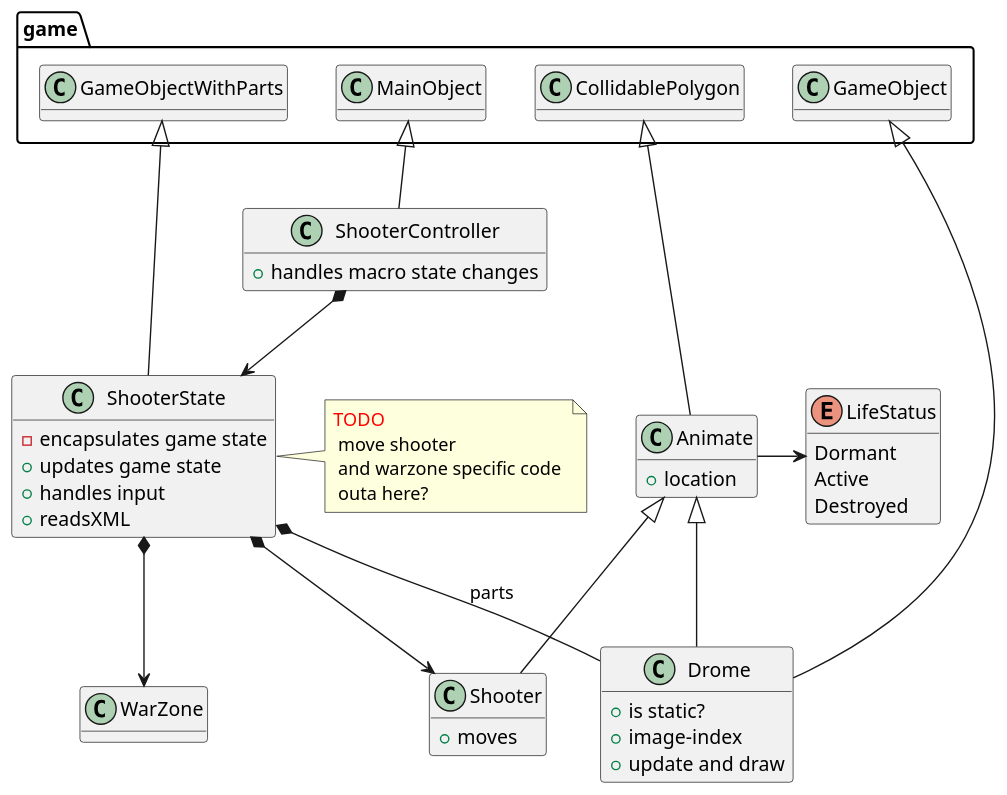
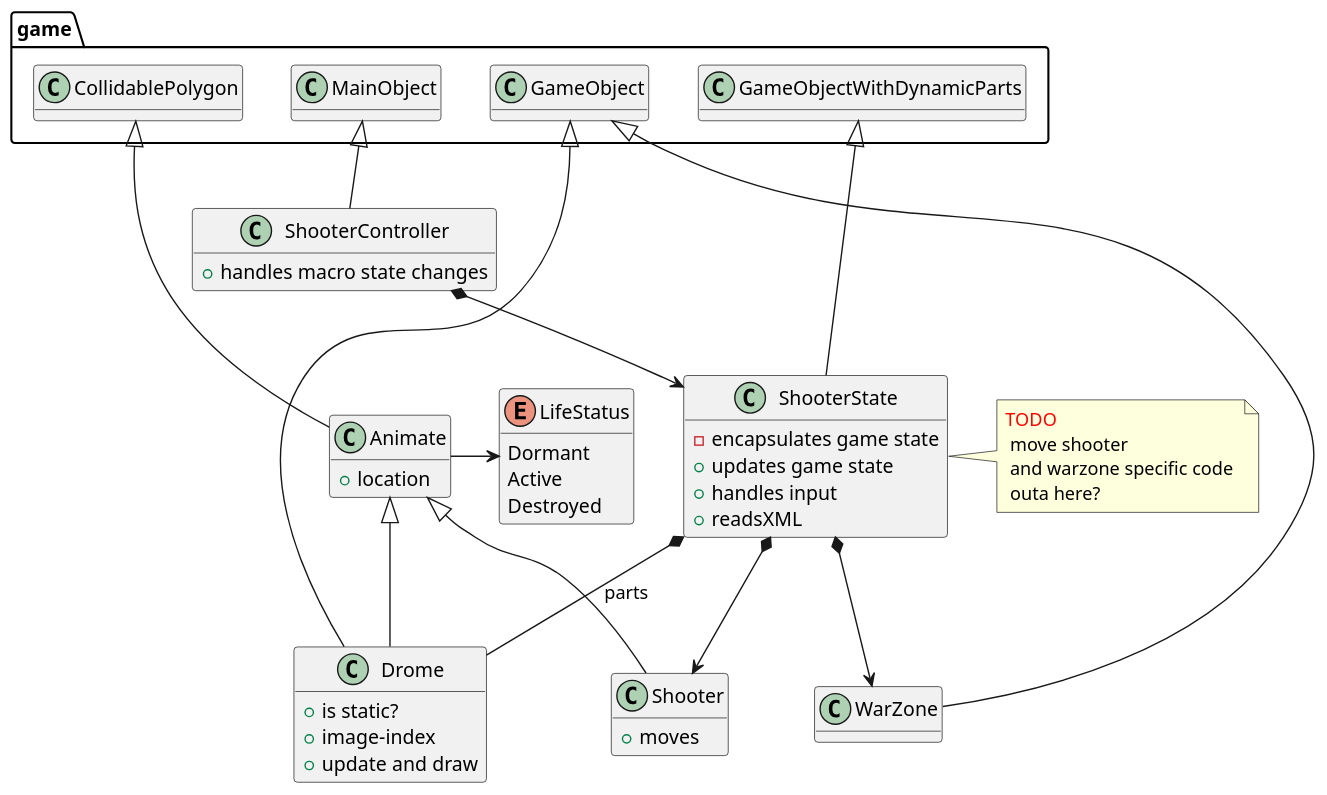
Before and after one commit to wduminy/GameEx: the first of 2 diagrams in shooter/design.md, drawn with PlantUML. The commit also changed other lines of this file and 16 other files, not shown here.

Commit message:
gameObject with Dynamic parts

```diff
--- a/shooter/design.md
+++ b/shooter/design.md
@@ -2,64 +2,65 @@
 @startuml
 scale 1.2 
 hide methods
 
 
 enum LifeStatus {
  Dormant
  Active
  Destroyed
 } 
 
 class Animate { 
  + location
 }
 
 
 Animate -> LifeStatus
 game.CollidablePolygon <|-- Animate
 
 class Drome {
 + is static? 
 + image-index
 + update and draw
 }
 
 game.GameObject <|-- Drome
 Animate <|-- Drome
 
 class Shooter {
 + moves
 }
 Animate <|-- Shooter
 
 
 class ShooterState {
 - encapsulates game state
 + updates game state
 + handles input
 + readsXML
 }
 note right of ShooterState
  <color:red>TODO
   move shooter 
   and warzone specific code 
   outa here?
 end note
 ShooterState *--> Shooter
 ShooterState *--> WarZone
 
-game.GameObjectWithParts <|-- ShooterState
+game.GameObjectWithDynamicParts <|-- ShooterState
 ShooterState *-- Drome: "parts"
 
 
 class WarZone {
 - encapsulate map data (BMP)
 }
+game.GameObject <|-- WarZone
 
 class ShooterController {
 + handles macro state changes
 }
 
 ShooterController *--> ShooterState
 game.MainObject <|-- ShooterController
 @enduml
```
